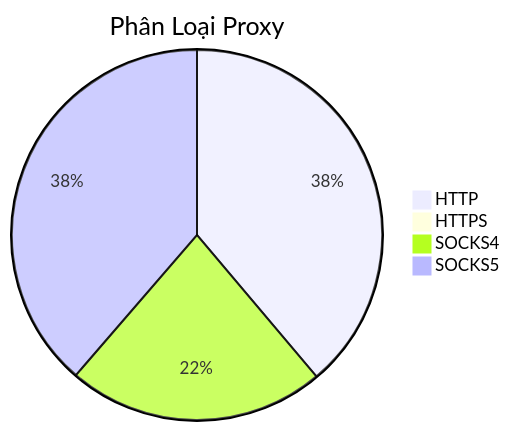
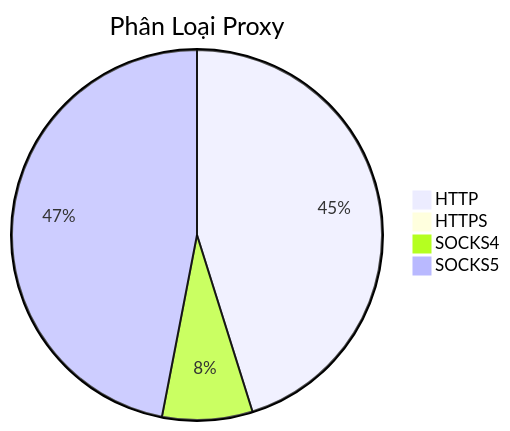
One commit to Ciara-Aa/PROXY-free changed the diagram in README.md. Above: the diagram before and after it, drawn with Mermaid. The commit also changed other lines of this file and 4 other files, not shown here.

````diff
--- a/README.md
+++ b/README.md
@@ -26,7 +26,7 @@
 ```mermaid
 pie title Phân Loại Proxy
-    "HTTP" : 214
-    "HTTPS" : 5
-    "SOCKS4" : 124
-    "SOCKS5" : 213
+    "HTTP" : 424
+    "HTTPS" : 3
+    "SOCKS4" : 74
+    "SOCKS5" : 441
 ```
````
